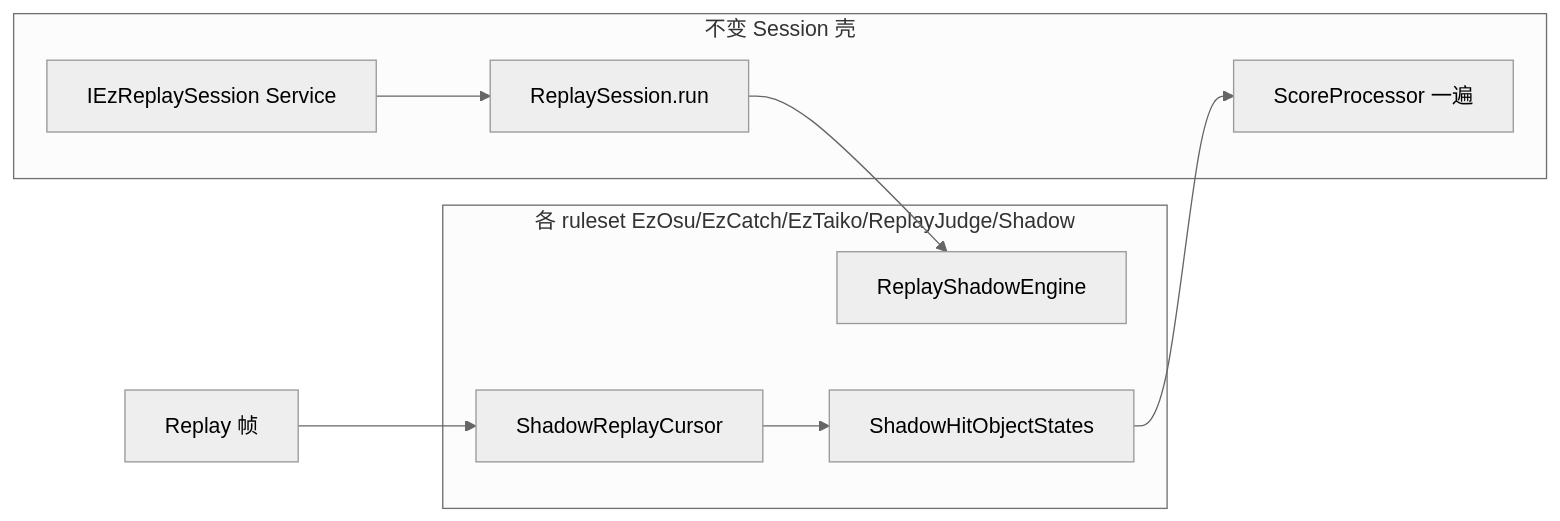
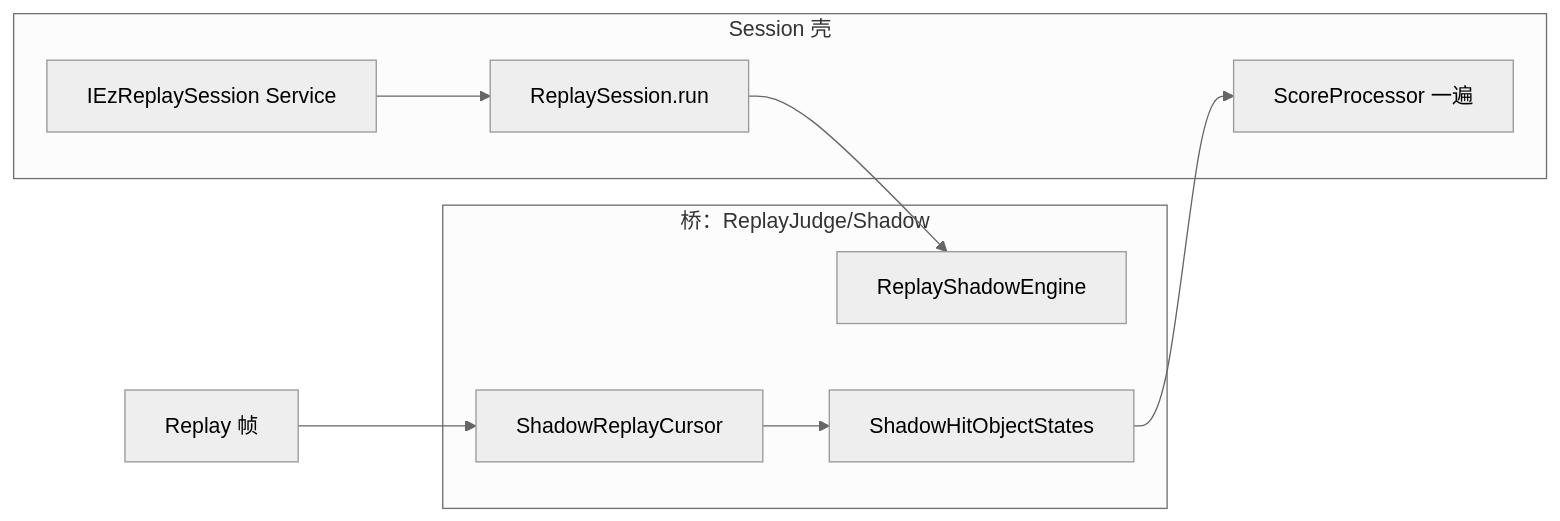
The diagram in docs/REPLAY_JUDGE_SHADOW.md (SK-la/Ez2Lazer), drawn with Mermaid (neutral theme) before and after one commit. The commit also changed other lines of this file and 33 other files, not shown here.

First line of the commit message:
推进全模式 Session：Shadow 毕业起步、env/ClassicNative 与 Taiko/Catch 接线。

````diff
--- a/docs/REPLAY_JUDGE_SHADOW.md
+++ b/docs/REPLAY_JUDGE_SHADOW.md
@@ -27,16 +30,16 @@
 ```mermaid
 flowchart LR
-  subgraph shell [不变 Session 壳]
+  subgraph shell [Session 壳]
     Service[IEzReplaySession Service]
     Session[ReplaySession.run]
     SP[ScoreProcessor 一遍]
   end
-  subgraph shadow [各 ruleset EzOsu/EzCatch/EzTaiko/ReplayJudge/Shadow]
+  subgraph shadow [桥：ReplayJudge/Shadow]
     Engine[ReplayShadowEngine]
     Cursor[ShadowReplayCursor]
     Judges[ShadowHitObjectStates]
   end
   Replay[Replay 帧] --> Cursor
   Service --> Session --> Engine
   Cursor --> Judges --> SP
 ```
````
